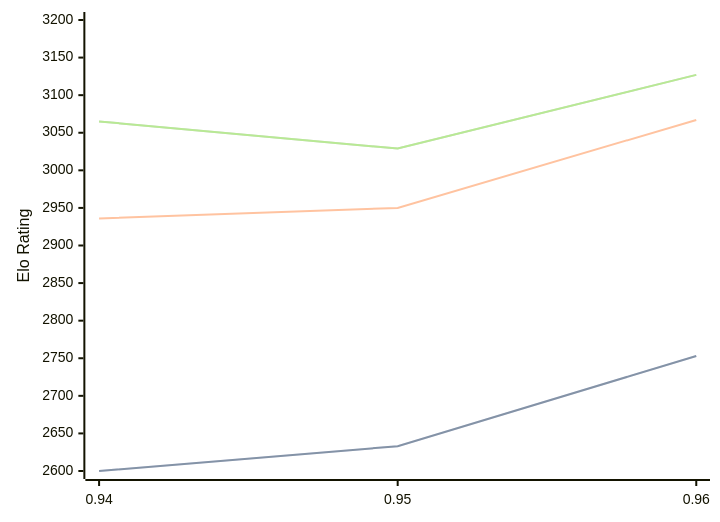
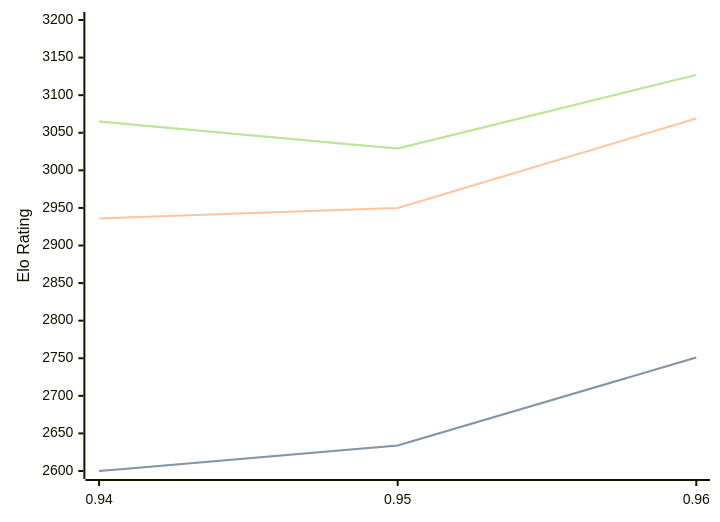
The diagram in engines/Myrddin.md (computer-chess-index/cci), drawn with Mermaid before and after one commit. The commit also changed other lines of this file, not shown here.

````diff
--- a/engines/Myrddin.md
+++ b/engines/Myrddin.md
@@ -33,11 +33,11 @@
 ```mermaid
 %%{init: {"theme":"base","themeVariables":{"seriesColors:['#a3a3a3','#222221','#faa371']}}}%%
 xychart-beta
   x-axis ["0.94", "0.95", "0.96"]
   y-axis "Elo Rating" 2600 --> 3200
-  line "" [2600, 2633, 2753]
-  line "STC (8.0+0.08s)" [2600, 2633, 2753]
-  line "LTC (60.0+0.60s)" [2936, 2950, 3067]
+  line "" [2600, 2634, 2751]
+  line "STC (8.0+0.08s)" [2600, 2634, 2751]
+  line "LTC (60.0+0.60s)" [2936, 2950, 3069]
   line "" [3065, 3029, 3127]
   line "VLTC (2m24s+1.12s)" [3065, 3029, 3127]
 ```
````
